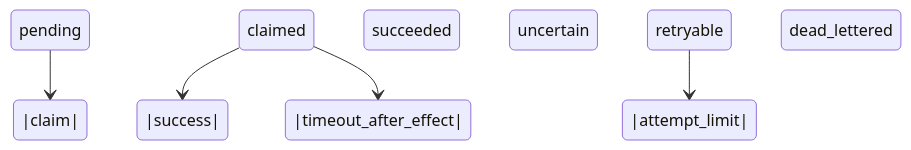
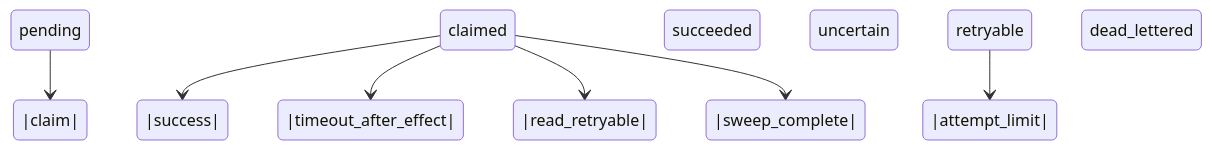
One commit to fusionbikesok-ui/Herramientas changed the second of 5 diagrams in docs/superpowers/deliveries/E1-fundacion-sombra.md. Above: the diagram before and after it, drawn with Mermaid. The commit also changed other lines of this file and 14 other files, not shown here.

````diff
--- a/docs/superpowers/deliveries/E1-fundacion-sombra.md
+++ b/docs/superpowers/deliveries/E1-fundacion-sombra.md
@@ -293,7 +300,9 @@
 ```mermaid
 stateDiagram-v2
   pending -->|claim| claimed
   claimed -->|success| succeeded
   claimed -->|timeout_after_effect| uncertain
   retryable -->|attempt_limit| dead_lettered
+  claimed -->|read_retryable| retryable
+  claimed -->|sweep_complete| succeeded
 ```
````
